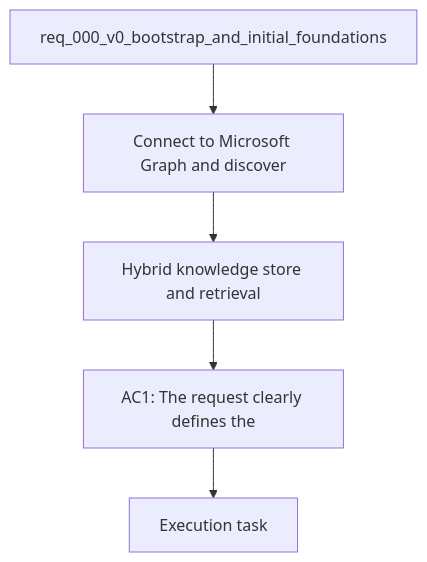
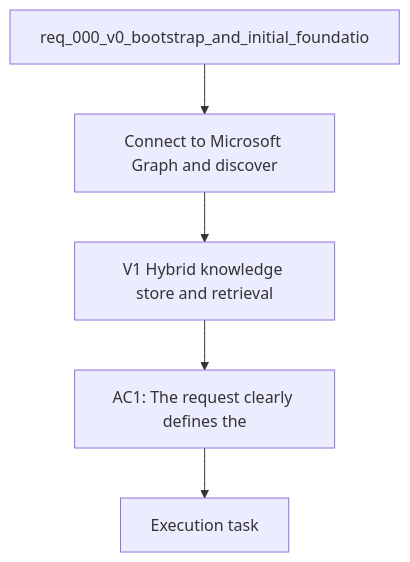
Before and after one commit to AlexAgo83/deepvault: the diagram in logics/backlog/item_002_v1_hybrid_knowledge_store_and_retrieval.md, drawn with Mermaid. The commit also changed 28 other files, not shown here.

````diff
--- a/logics/backlog/item_002_v1_hybrid_knowledge_store_and_retrieval.md
+++ b/logics/backlog/item_002_v1_hybrid_knowledge_store_and_retrieval.md
@@ -26,9 +26,9 @@
 ```mermaid
 %% logics-kind: backlog
 %% logics-signature: backlog|v1-hybrid-knowledge-store-and-retrieval|req-000-v0-bootstrap-and-initial-foundat|connect-to-microsoft-graph-and-discover|ac1-the-request-clearly-defines-the
 flowchart TD
-    Request[req_000_v0_bootstrap_and_initial_foundations] --> Problem[Connect to Microsoft Graph and discover]
-    Problem --> Scope[Hybrid knowledge store and retrieval]
+    Request[req_000_v0_bootstrap_and_initial_foundatio] --> Problem[Connect to Microsoft Graph and discover]
+    Problem --> Scope[V1 Hybrid knowledge store and retrieval]
     Scope --> Acceptance[AC1: The request clearly defines the]
     Acceptance --> Tasks[Execution task]
 ```
````
